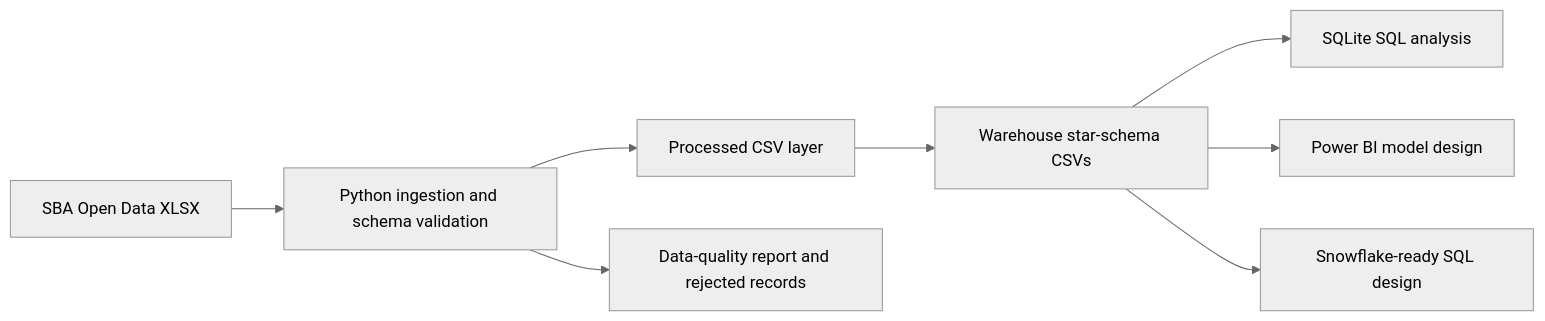
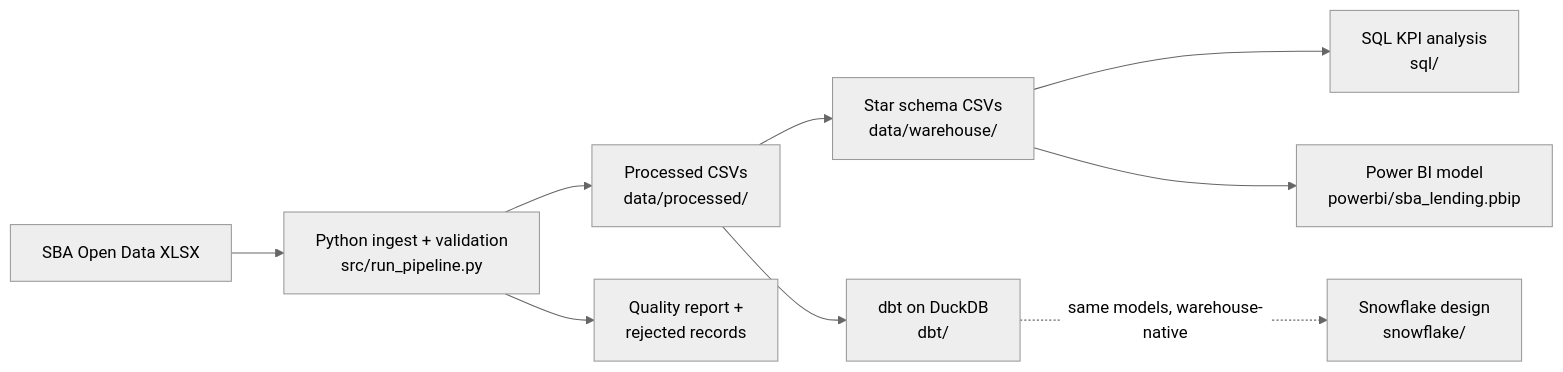
The first of 2 diagrams in docs/architecture.md (KarimAmer45/financial-portfolio-data-bi-project), drawn with Mermaid (neutral theme) before and after one commit. The commit also changed other lines of this file and 3 other files, not shown here.

Commit message:
Rewrite README and architecture docs for the current stack

````diff
--- a/docs/architecture.md
+++ b/docs/architecture.md
@@ -7,10 +9,11 @@
 ```mermaid
 flowchart LR
-    A["SBA Open Data XLSX"] --> B["Python ingestion and schema validation"]
-    B --> C["Processed CSV layer"]
-    C --> D["Warehouse star-schema CSVs"]
-    D --> E["SQLite SQL analysis"]
-    D --> F["Power BI model design"]
-    B --> G["Data-quality report and rejected records"]
-    D --> H["Snowflake-ready SQL design"]
+    A["SBA Open Data XLSX"] --> B["Python ingest + validation<br/>src/run_pipeline.py"]
+    B --> C["Processed CSVs<br/>data/processed/"]
+    B --> G["Quality report +<br/>rejected records"]
+    C --> D["Star schema CSVs<br/>data/warehouse/"]
+    C --> H["dbt on DuckDB<br/>dbt/"]
+    D --> E["SQL KPI analysis<br/>sql/"]
+    D --> F["Power BI model<br/>powerbi/sba_lending.pbip"]
+    H -. same models, warehouse-native .-> I["Snowflake design<br/>snowflake/"]
 ```
````
